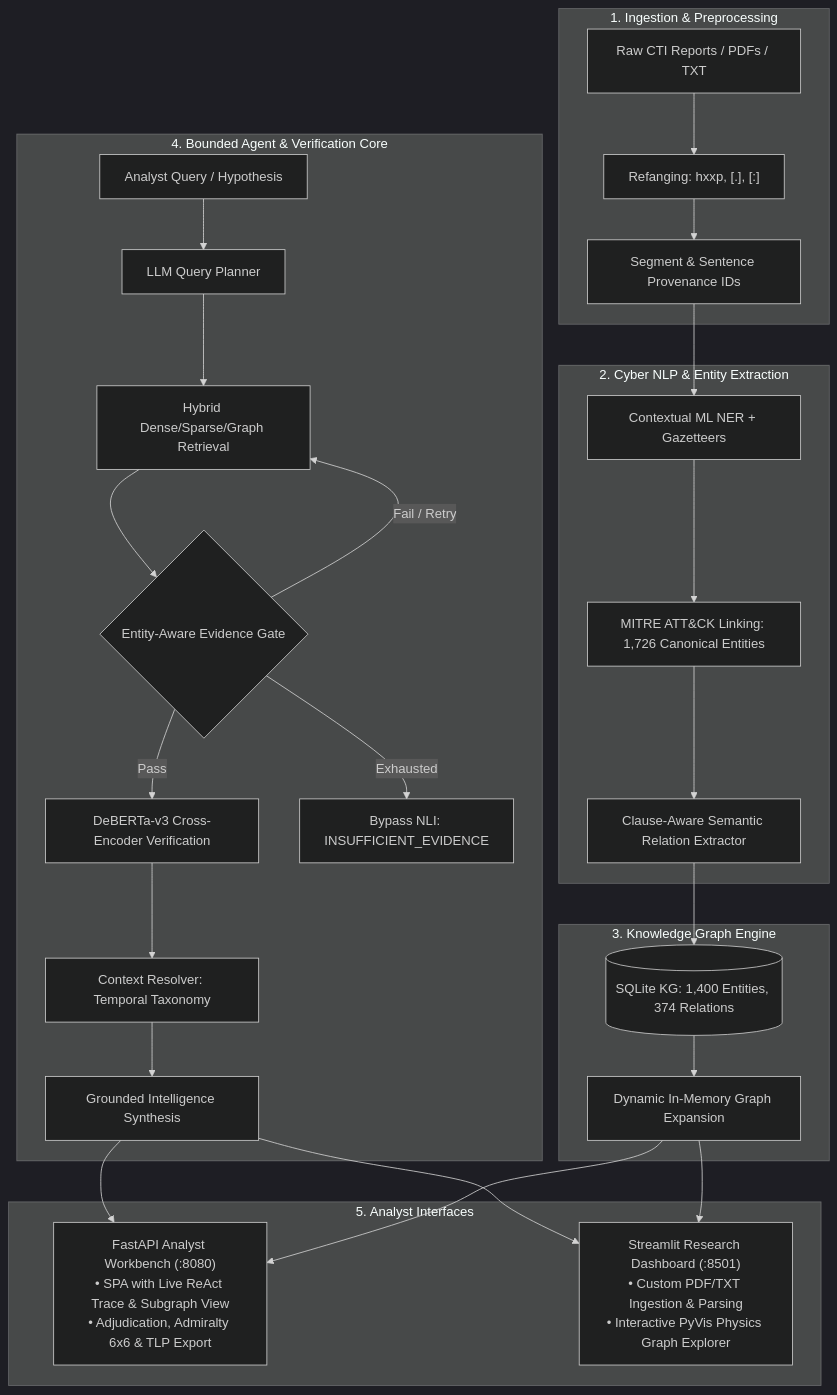
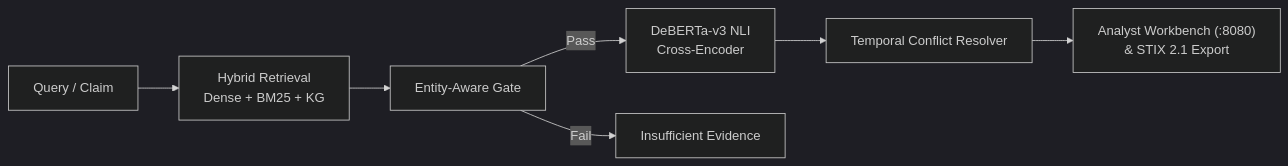
Before and after one commit to joshi-006/cyberrag: the diagram in README.md, drawn with Mermaid (dark theme). The commit also changed other lines of this file, not shown here.

````diff
--- a/README.md
+++ b/README.md
@@ -47,34 +54,9 @@
 ```mermaid
-flowchart TD
-    subgraph Ingestion ["1. Ingestion & Preprocessing"]
-        A["Raw CTI Reports / PDFs / TXT"] --> B["Refanging: hxxp, [.], [:]"]
-        B --> C["Segment & Sentence Provenance IDs"]
-    end
-
-    subgraph NLP ["2. Cyber NLP & Entity Extraction"]
-        C --> D["Contextual ML NER + Gazetteers"]
-        D --> E["MITRE ATT&CK Linking: 1,726 Canonical Entities"]
-        E --> F["Clause-Aware Semantic Relation Extractor"]
-    end
-
-    subgraph KG ["3. Knowledge Graph Engine"]
-        F --> G[("SQLite KG: 1,400 Entities, 374 Relations")]
-        G --> H["Dynamic In-Memory Graph Expansion"]
-    end
-
-    subgraph Agent ["4. Bounded Agent & Verification Core"]
-        I["Analyst Query / Hypothesis"] --> J["LLM Query Planner"]
-        J --> K["Hybrid Dense/Sparse/Graph Retrieval"]
-        K --> L{"Entity-Aware Evidence Gate"}
-        L -->|Pass| M["DeBERTa-v3 Cross-Encoder Verification"]
-        L -->|Fail / Retry| K
-        L -->|Exhausted| N["Bypass NLI: INSUFFICIENT_EVIDENCE"]
-        M --> O["Context Resolver: Temporal Taxonomy"]
-        O --> P["Grounded Intelligence Synthesis"]
-    end
-
-    subgraph Interfaces ["5. Analyst Interfaces"]
-        P & H --> Q1["FastAPI Analyst Workbench (:8080)<br/>• SPA with Live ReAct Trace & Subgraph View<br/>• Adjudication, Admiralty 6x6 & TLP Export"]
-        P & H --> Q2["Streamlit Research Dashboard (:8501)<br/>• Custom PDF/TXT Ingestion & Parsing<br/>• Interactive PyVis Physics Graph Explorer"]
-    end
+flowchart LR
+    A["Query / Claim"] --> B["Hybrid Retrieval<br/>Dense + BM25 + KG"]
+    B --> C["Entity-Aware Gate"]
+    C -->|Pass| D["DeBERTa-v3 NLI<br/>Cross-Encoder"]
+    C -->|Fail| E["Insufficient Evidence"]
+    D --> F["Temporal Conflict Resolver"]
+    F --> G["Analyst Workbench (:8080)<br/>& STIX 2.1 Export"]
 ```
````
